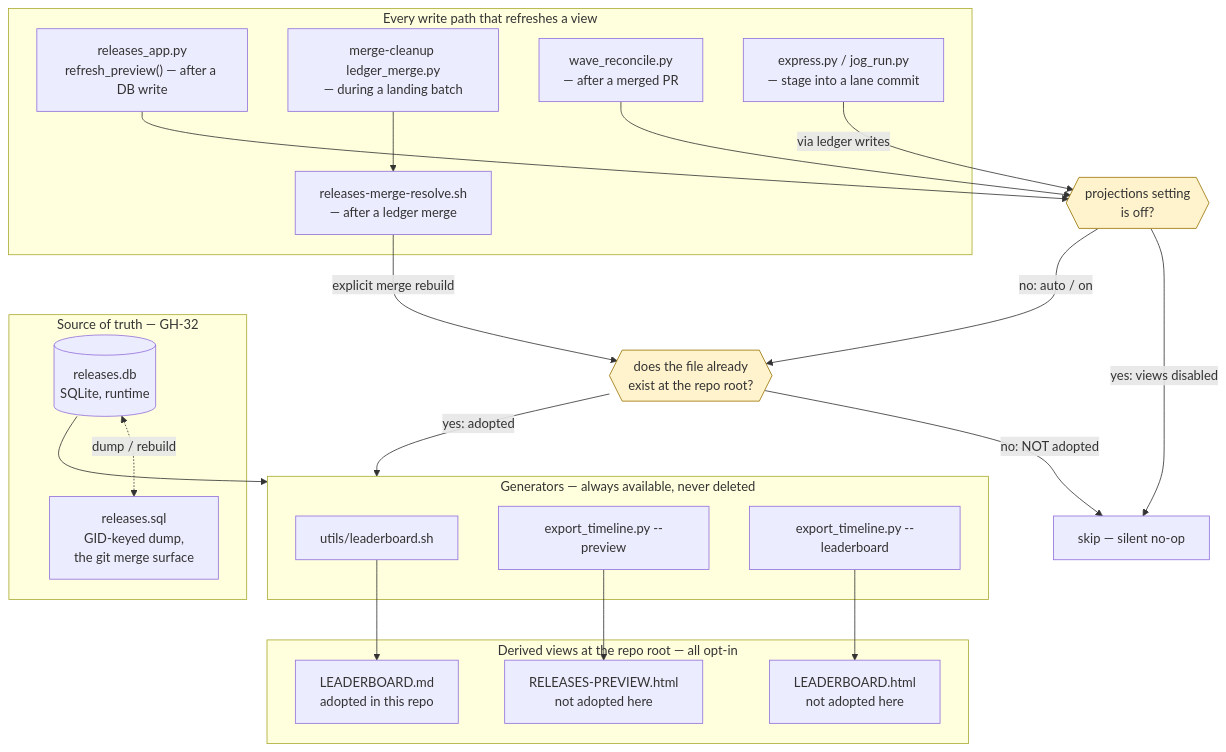
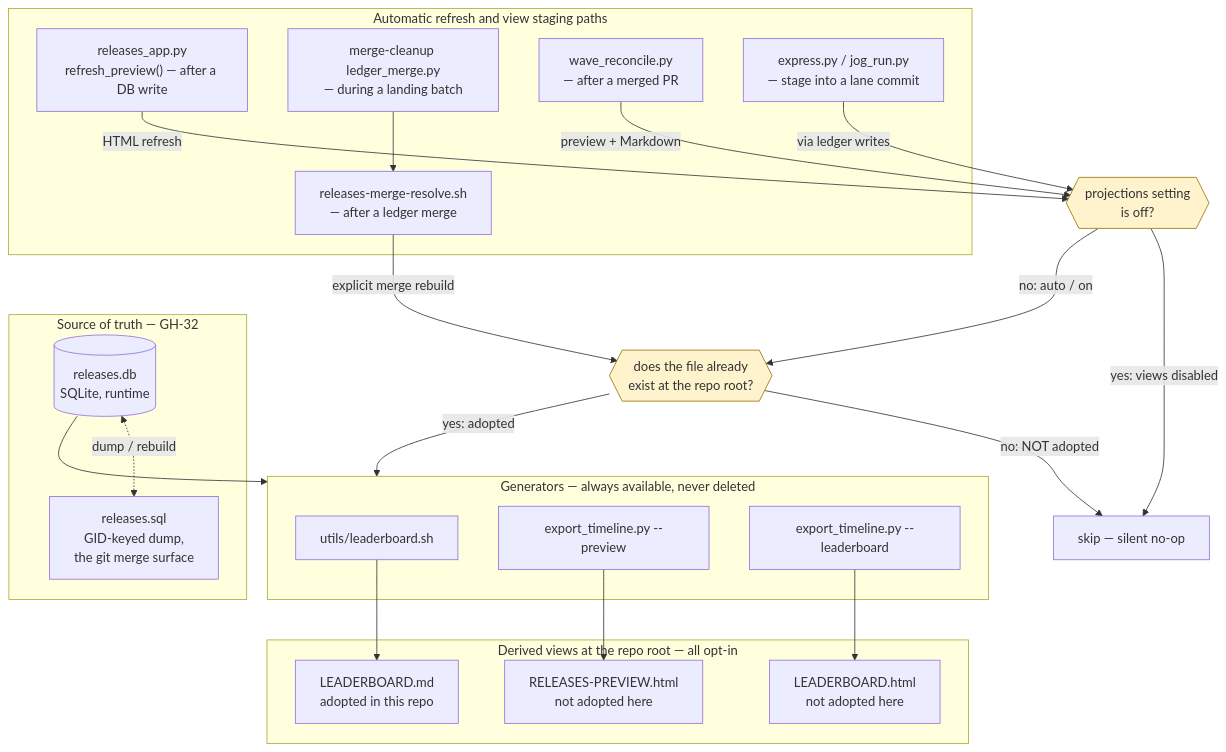
Before and after one commit to HiQS-Labs/XYZ-forge: the diagram in ARCHITECTURE.md, drawn with Mermaid. The commit also changed other lines of this file, not shown here.

Commit message:
docs: clarify automatic view refresh scope and explicit adoption

````diff
--- a/ARCHITECTURE.md
+++ b/ARCHITECTURE.md
@@ -435,48 +438,48 @@
 ```mermaid
 flowchart TD
     subgraph truth["Source of truth — GH-32"]
         DB[("releases.db<br/>SQLite, runtime")]
         SQL["releases.sql<br/>GID-keyed dump,<br/>the git merge surface"]
         DB <-. "dump / rebuild" .-> SQL
     end
 
     subgraph gens["Generators — always available, never deleted"]
         G2["utils/leaderboard.sh"]
         G3["export_timeline.py --preview"]
         G4["export_timeline.py --leaderboard"]
     end
 
     subgraph views["Derived views at the repo root — all opt-in"]
         V2["LEADERBOARD.md<br/>adopted in this repo"]
         V3["RELEASES-PREVIEW.html<br/>not adopted here"]
         V4["LEADERBOARD.html<br/>not adopted here"]
     end
 
-    subgraph consumers["Every write path that refreshes a view"]
+    subgraph consumers["Automatic refresh and view staging paths"]
         C1["releases_app.py<br/>refresh_preview() — after a DB write"]
         C2["releases-merge-resolve.sh<br/>— after a ledger merge"]
         C2a["merge-cleanup ledger_merge.py<br/>— during a landing batch"]
         C3["wave_reconcile.py<br/>— after a merged PR"]
         C4["express.py / jog_run.py<br/>— stage into a lane commit"]
     end
 
     SWITCH{{"projections setting<br/>is off?"}}
     GATE{{"does the file already<br/>exist at the repo root?"}}
 
     DB --> gens
     C2a --> C2
-    C1 --> SWITCH
-    C3 --> SWITCH
+    C1 -- "HTML refresh" --> SWITCH
+    C3 -- "preview + Markdown" --> SWITCH
     C4 -- "via ledger writes" --> SWITCH
     C2 -- "explicit merge rebuild" --> GATE
     SWITCH -- "yes: views disabled" --> SKIP["skip — silent no-op"]
     SWITCH -- "no: auto / on" --> GATE
     GATE -- "no: NOT adopted" --> SKIP
     GATE -- "yes: adopted" --> gens
     G2 --> V2
     G3 --> V3
     G4 --> V4
 
     style SWITCH fill:#fff3cd,stroke:#997404
     style GATE fill:#fff3cd,stroke:#997404
 ```
````
